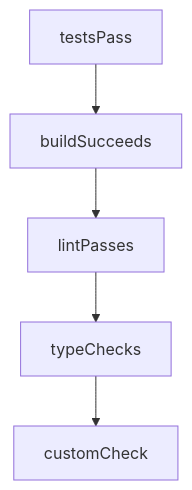
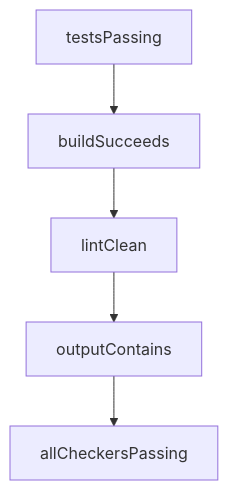
Before and after one commit to johnxie/awesome-code-docs: the diagram in tutorials/mastra-tutorial/01-getting-started.md, drawn with Mermaid. The commit also changed other lines of this file and 1232 other files, not shown here.

````diff
--- a/tutorials/mastra-tutorial/01-getting-started.md
+++ b/tutorials/mastra-tutorial/01-getting-started.md
@@ -223,12 +221,12 @@
 ```mermaid
 flowchart TD
-    A[testsPass]
+    A[testsPassing]
     B[buildSucceeds]
-    C[lintPasses]
-    D[typeChecks]
-    E[customCheck]
+    C[lintClean]
+    D[outputContains]
+    E[allCheckersPassing]
     A --> B
     B --> C
     C --> D
     D --> E
 ```
````
